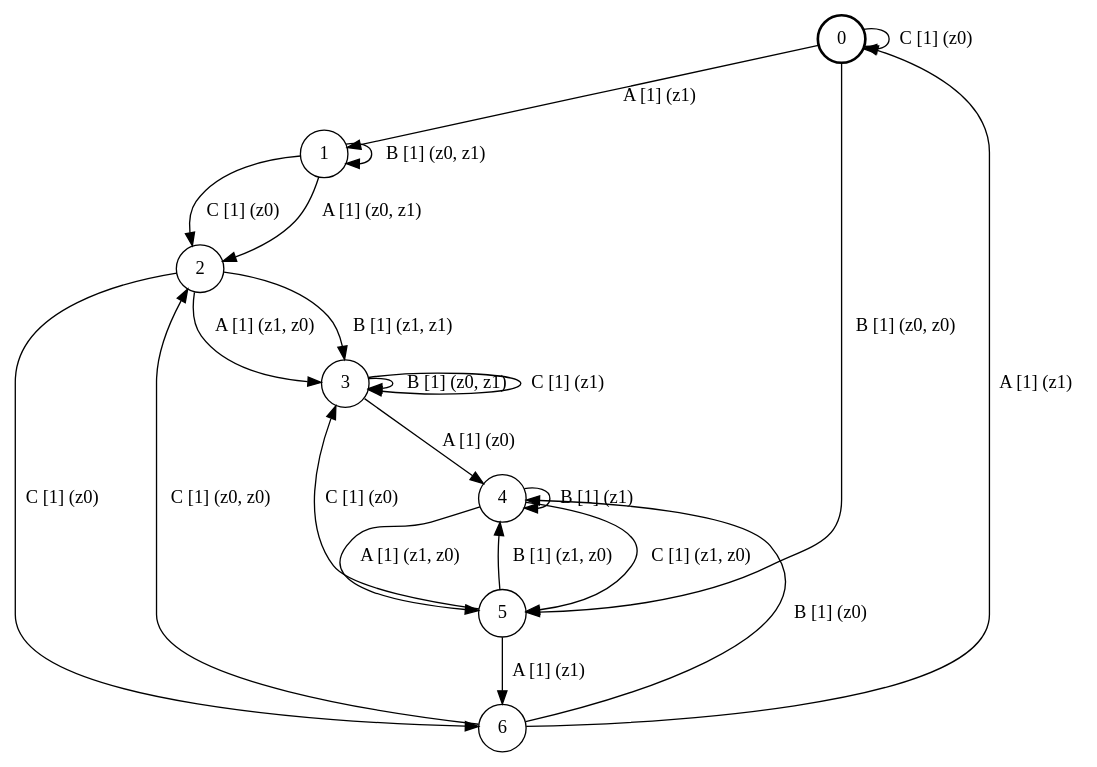
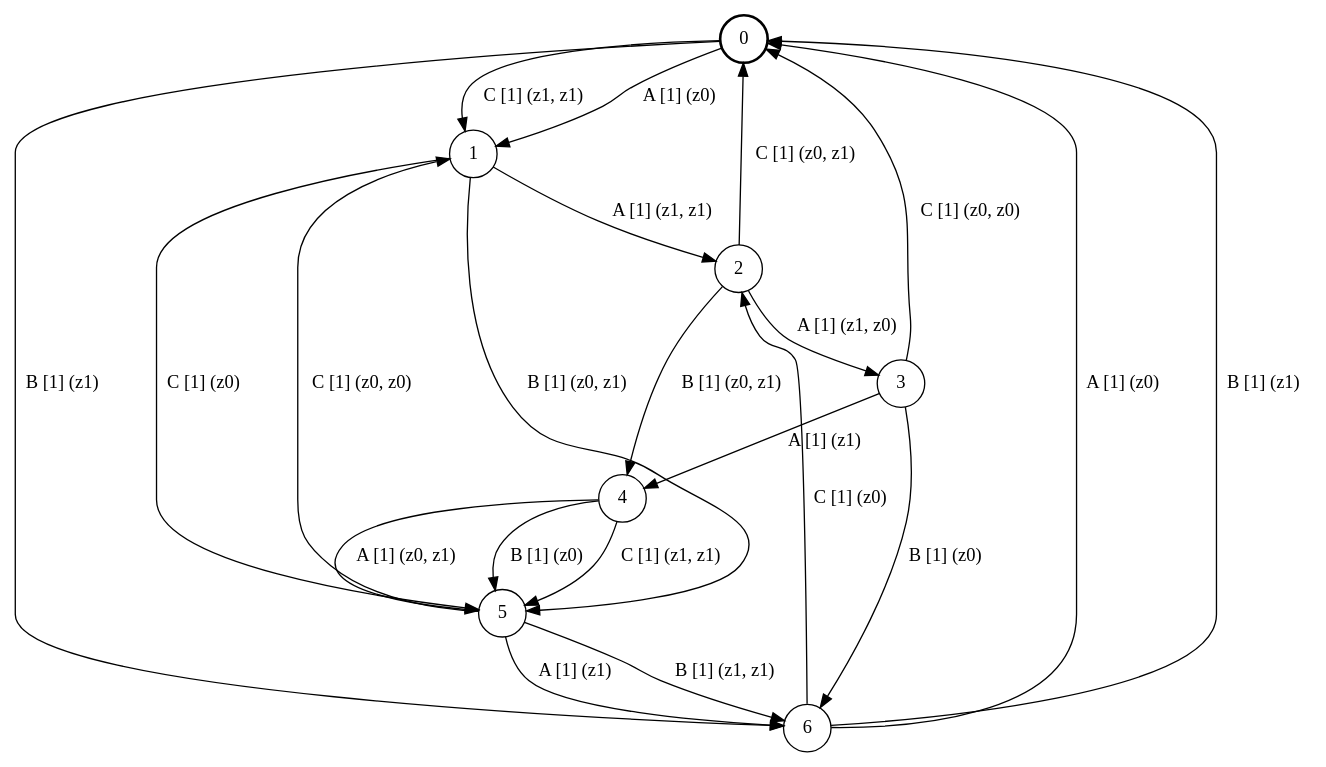
Before and after one commit to ulyantsev/EFSM-tools: the diagram in qbf/testing/fsm_7s3e2a.dot, drawn with Graphviz. The commit also changed 3063 other files, not shown here.

```diff
--- a/qbf/testing/fsm_7s3e2a.dot
+++ b/qbf/testing/fsm_7s3e2a.dot
@@ -1,27 +1,27 @@
 # generated file, don't try to modify
 # command: dot -Tpng <filename> > tree.png
 digraph Automaton {
     node [shape = circle];
     0 [style = "bold"];
-    0 -> 1 [label = "A [1] (z1) "];
-    0 -> 5 [label = "B [1] (z0, z0) "];
-    0 -> 0 [label = "C [1] (z0) "];
-    1 -> 2 [label = "A [1] (z0, z1) "];
-    1 -> 1 [label = "B [1] (z0, z1) "];
-    1 -> 2 [label = "C [1] (z0) "];
+    0 -> 1 [label = "A [1] (z0) "];
+    0 -> 6 [label = "B [1] (z1) "];
+    0 -> 1 [label = "C [1] (z1, z1) "];
+    1 -> 2 [label = "A [1] (z1, z1) "];
+    1 -> 5 [label = "B [1] (z0, z1) "];
+    1 -> 5 [label = "C [1] (z0) "];
     2 -> 3 [label = "A [1] (z1, z0) "];
-    2 -> 3 [label = "B [1] (z1, z1) "];
-    2 -> 6 [label = "C [1] (z0) "];
-    3 -> 4 [label = "A [1] (z0) "];
-    3 -> 3 [label = "B [1] (z0, z1) "];
-    3 -> 3 [label = "C [1] (z1) "];
-    4 -> 5 [label = "A [1] (z1, z0) "];
-    4 -> 4 [label = "B [1] (z1) "];
-    4 -> 5 [label = "C [1] (z1, z0) "];
+    2 -> 4 [label = "B [1] (z0, z1) "];
+    2 -> 0 [label = "C [1] (z0, z1) "];
+    3 -> 4 [label = "A [1] (z1) "];
+    3 -> 6 [label = "B [1] (z0) "];
+    3 -> 0 [label = "C [1] (z0, z0) "];
+    4 -> 5 [label = "A [1] (z0, z1) "];
+    4 -> 5 [label = "B [1] (z0) "];
+    4 -> 5 [label = "C [1] (z1, z1) "];
     5 -> 6 [label = "A [1] (z1) "];
-    5 -> 4 [label = "B [1] (z1, z0) "];
-    5 -> 3 [label = "C [1] (z0) "];
-    6 -> 0 [label = "A [1] (z1) "];
-    6 -> 4 [label = "B [1] (z0) "];
-    6 -> 2 [label = "C [1] (z0, z0) "];
+    5 -> 6 [label = "B [1] (z1, z1) "];
+    5 -> 1 [label = "C [1] (z0, z0) "];
+    6 -> 0 [label = "A [1] (z0) "];
+    6 -> 0 [label = "B [1] (z1) "];
+    6 -> 2 [label = "C [1] (z0) "];
 }
```
